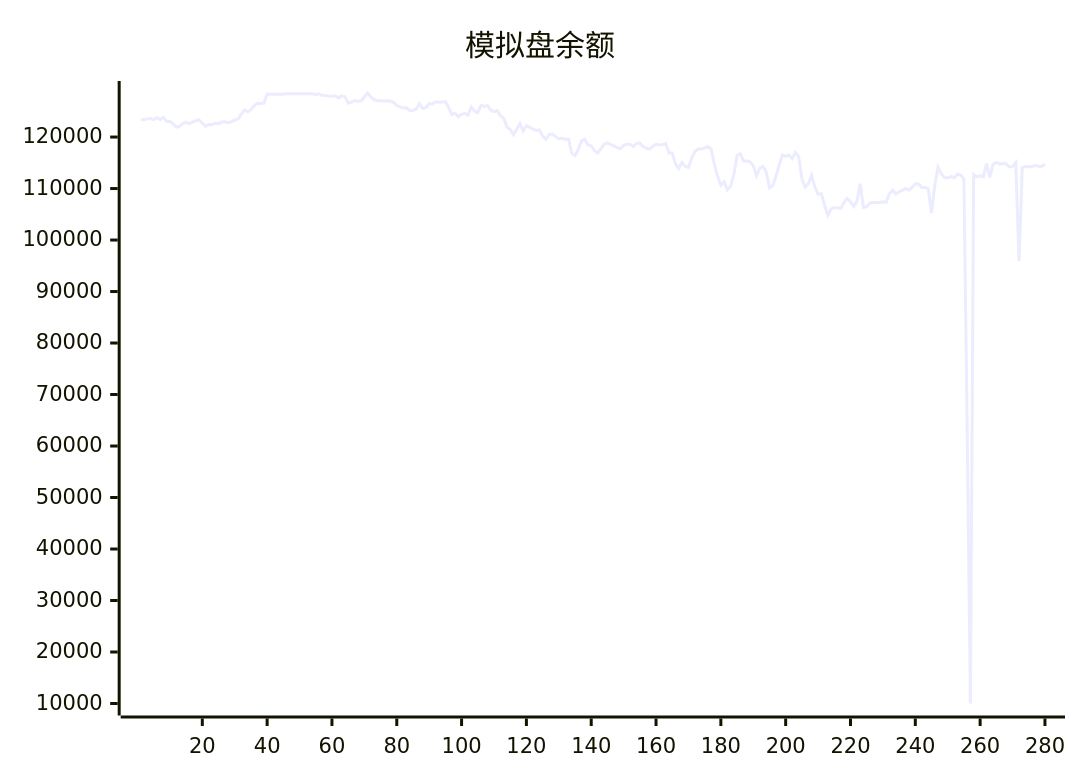
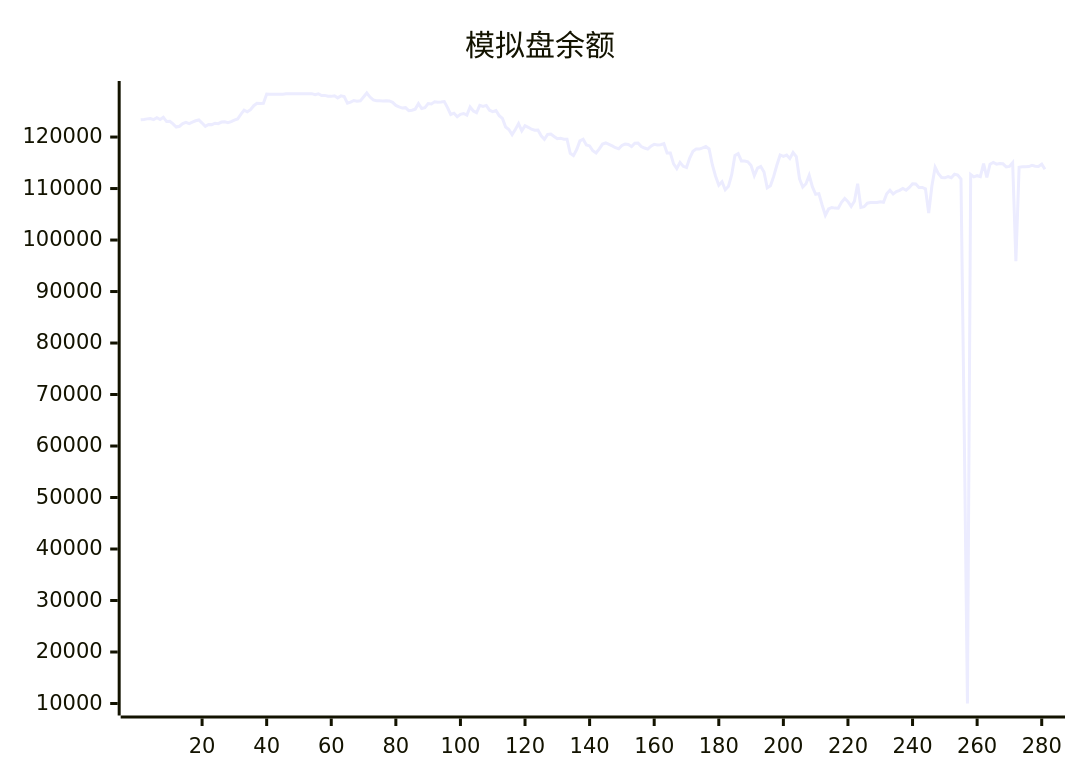
One commit to aahl/ai-trading changed the diagram in README.md. Above: the diagram before and after it, drawn with Mermaid. The commit also changed other lines of this file and 1 other file, not shown here.

````diff
--- a/README.md
+++ b/README.md
@@ -5,5 +5,5 @@
 ```mermaid
 xychart
     title "模拟盘余额"
-    line [123338,123402,123530,123592,123378,123745,123413,123853,123009,123040,122557,121938,122095,122599,122856,122597,122898,123160,123319,122719,122087,122454,122416,122685,122592,122907,122961,122776,122981,123295,123507,124403,125224,124894,125303,126088,126544,126534,126549,128335,128318,128318,128318,128318,128318,128424,128424,128424,128424,128424,128424,128424,128424,128424,128247,128412,128062,128087,127917,127901,128026,127611,128000,127850,126572,126770,127100,126971,127029,127783,128554,127765,127224,127064,127044,127009,127025,127004,126738,126152,125871,125635,125707,125117,125217,125420,126480,125545,125715,126511,126424,126856,126764,126788,126890,125710,124381,124632,123936,124402,124574,124256,125833,125070,124739,126154,125966,126145,125213,124943,125143,124157,123604,121959,121476,120476,121470,122610,121201,122221,121889,121522,121332,121344,120232,119559,120513,120577,120108,119680,119777,119572,119568,116839,116392,117573,119250,119585,118469,118277,117338,116897,117706,118628,118849,118579,118280,117926,117735,118373,118639,118544,118136,118798,118819,118162,117874,117649,118215,118601,118463,118517,118713,116911,116899,114798,113887,115084,114313,114091,115934,117221,117658,117658,117883,118164,117693,114632,112403,110644,111313,109777,110444,112673,116419,116772,115355,115355,115198,114476,112510,113954,114276,113223,110151,110561,112361,114562,116522,116265,116500,115845,117000,116199,111887,110306,110942,112588,110318,108891,109011,106814,104811,106038,106327,106201,106180,107315,108068,107463,106528,107530,110941,106346,106482,107161,107268,107270,107302,107426,107340,108985,109681,108962,109404,109645,110030,109680,110214,110918,110897,110215,110212,109962,105235,110525,114151,112895,112137,112083,112329,112094,112784,112613,111829,63445,10000,112734,112268,112496,112313,114832,112156,114730,115058,114728,114866,114804,114208,114302,115037,95891,114128,114227,114228,114267,114494,114335,114299,114745]
+    line [123338,123402,123530,123592,123378,123745,123413,123853,123009,123040,122557,121938,122095,122599,122856,122597,122898,123160,123319,122719,122087,122454,122416,122685,122592,122907,122961,122776,122981,123295,123507,124403,125224,124894,125303,126088,126544,126534,126549,128335,128318,128318,128318,128318,128318,128424,128424,128424,128424,128424,128424,128424,128424,128424,128247,128412,128062,128087,127917,127901,128026,127611,128000,127850,126572,126770,127100,126971,127029,127783,128554,127765,127224,127064,127044,127009,127025,127004,126738,126152,125871,125635,125707,125117,125217,125420,126480,125545,125715,126511,126424,126856,126764,126788,126890,125710,124381,124632,123936,124402,124574,124256,125833,125070,124739,126154,125966,126145,125213,124943,125143,124157,123604,121959,121476,120476,121470,122610,121201,122221,121889,121522,121332,121344,120232,119559,120513,120577,120108,119680,119777,119572,119568,116839,116392,117573,119250,119585,118469,118277,117338,116897,117706,118628,118849,118579,118280,117926,117735,118373,118639,118544,118136,118798,118819,118162,117874,117649,118215,118601,118463,118517,118713,116911,116899,114798,113887,115084,114313,114091,115934,117221,117658,117658,117883,118164,117693,114632,112403,110644,111313,109777,110444,112673,116419,116772,115355,115355,115198,114476,112510,113954,114276,113223,110151,110561,112361,114562,116522,116265,116500,115845,117000,116199,111887,110306,110942,112588,110318,108891,109011,106814,104811,106038,106327,106201,106180,107315,108068,107463,106528,107530,110941,106346,106482,107161,107268,107270,107302,107426,107340,108985,109681,108962,109404,109645,110030,109680,110214,110918,110897,110215,110212,109962,105235,110525,114151,112895,112137,112083,112329,112094,112784,112613,111829,63445,10000,112734,112268,112496,112313,114832,112156,114730,115058,114728,114866,114804,114208,114302,115037,95891,114128,114227,114228,114267,114494,114335,114299,114745,113746]
 ```
````
